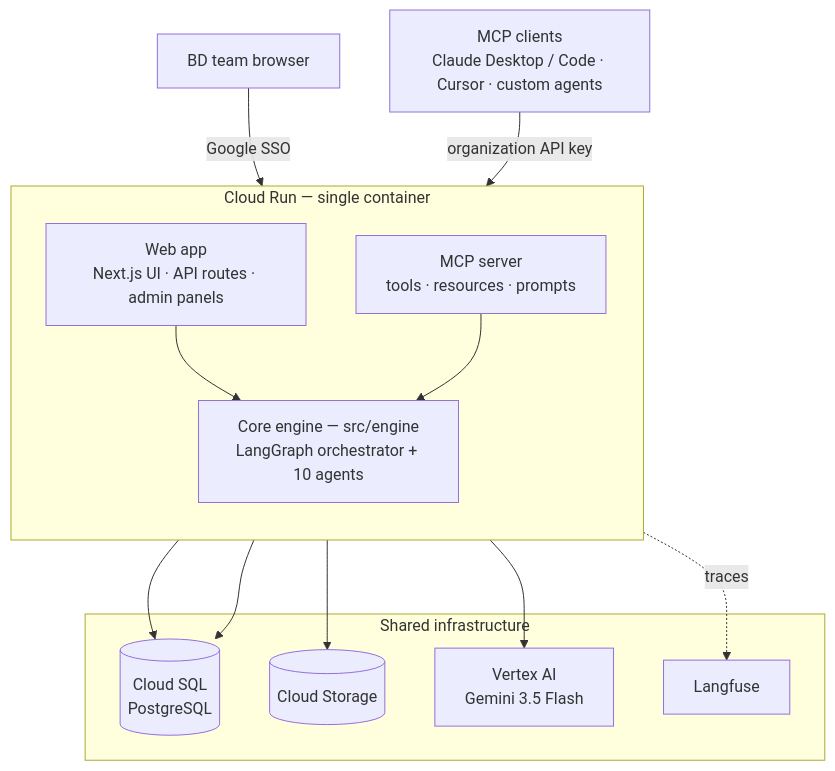
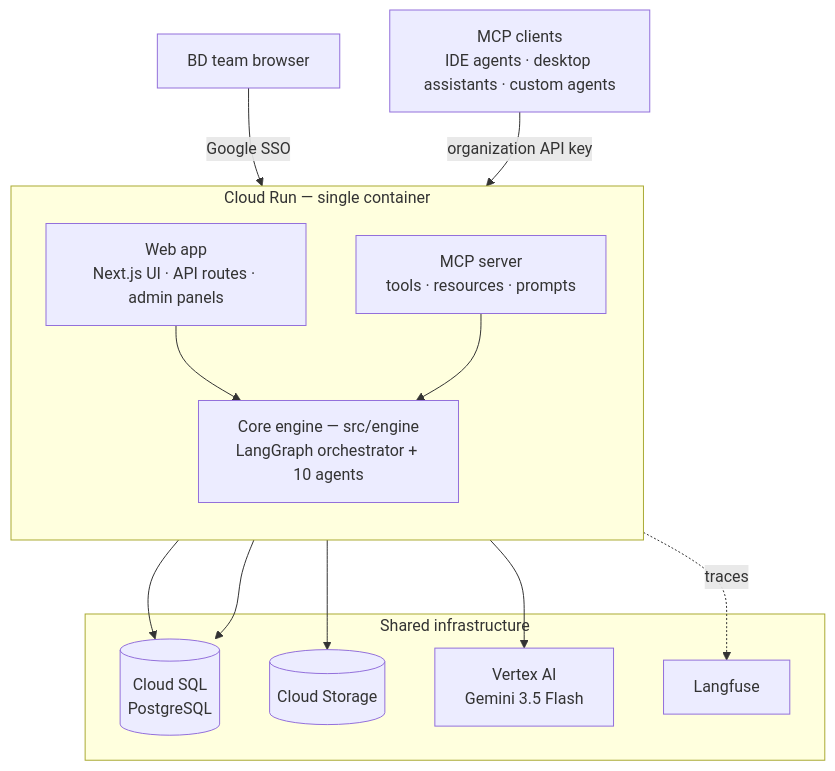
Before and after one commit to ZavaAbby00/BD-Proposal-Checking-Agent: the first of 7 diagrams in doc/architecture.md, drawn with Mermaid. The commit also changed 8 other files, not shown here.

````diff
--- a/doc/architecture.md
+++ b/doc/architecture.md
@@ -12,29 +12,29 @@
 ```mermaid
 flowchart TB
     browser["BD team browser"]
-    mcpclient["MCP clients<br/>Claude Desktop / Code · Cursor · custom agents"]
+    mcpclient["MCP clients<br/>IDE agents · desktop assistants · custom agents"]
 
     subgraph service["Cloud Run — single container"]
         direction TB
         web["Web app<br/>Next.js UI · API routes · admin panels"]
         mcp["MCP server<br/>tools · resources · prompts"]
         engine["Core engine — src/engine<br/>LangGraph orchestrator + 10 agents"]
         web --> engine
         mcp --> engine
     end
 
     subgraph shared["Shared infrastructure"]
         sql[("Cloud SQL<br/>PostgreSQL")]
         gcs[("Cloud Storage")]
         vertex["Vertex AI<br/>Gemini 3.5 Flash"]
         langfuse["Langfuse"]
     end
 
     browser -->|Google SSO| web
     mcpclient -->|organization API key| mcp
     web --> sql
     web --> gcs
     mcp --> sql
     engine --> vertex
     engine -.->|traces| langfuse
 ```
````
